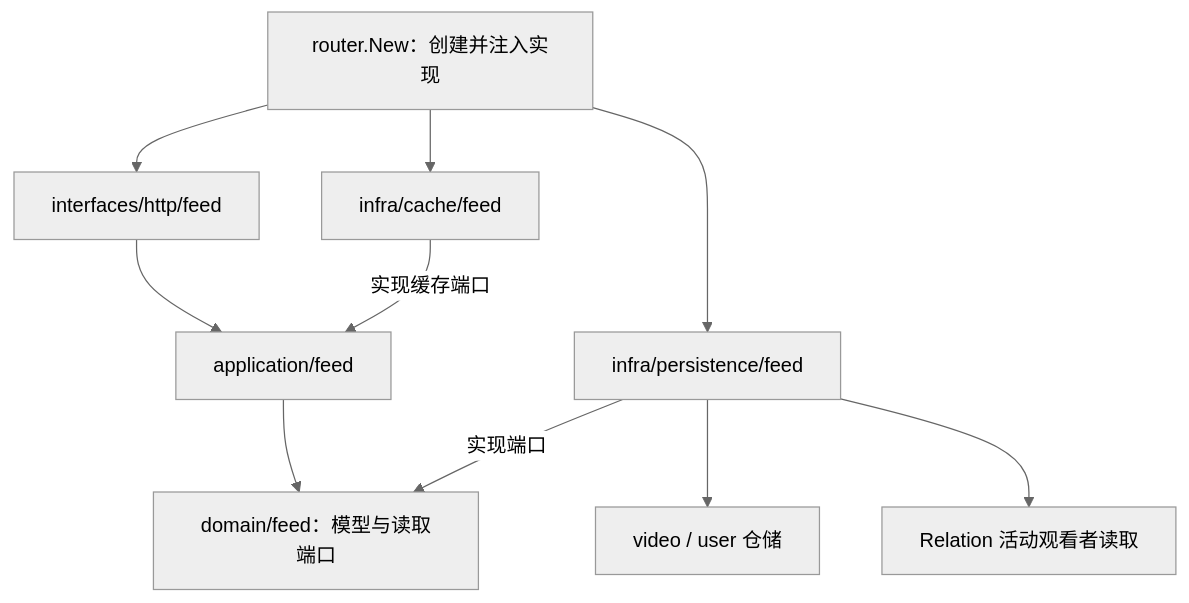
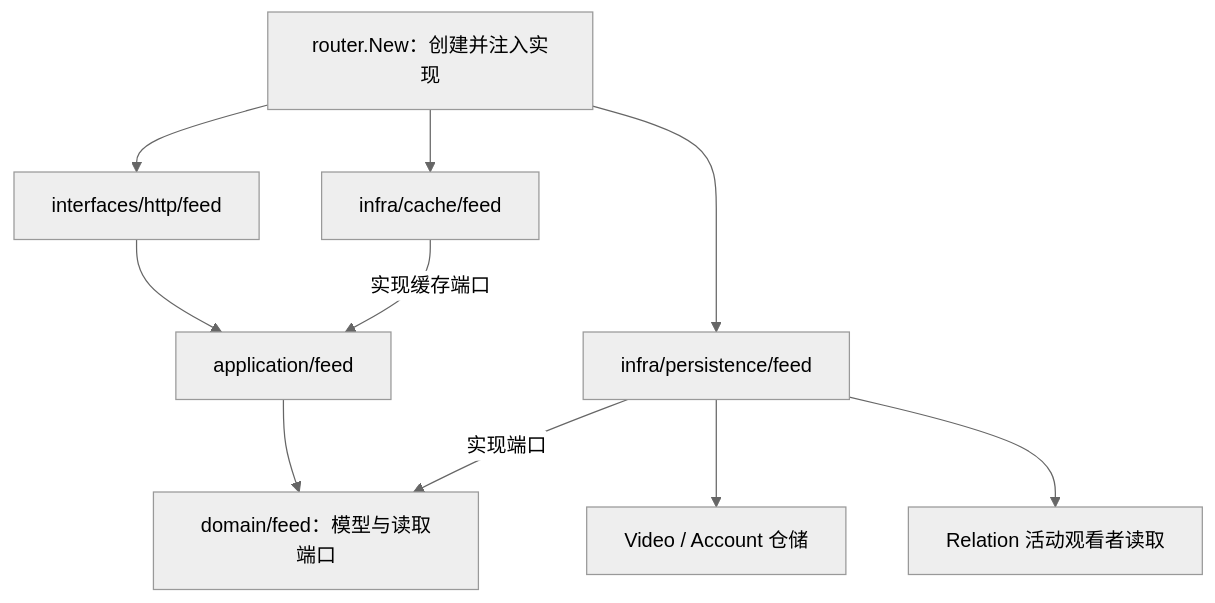
One commit to E1aina2007/GoFeed changed the second of 10 diagrams in docs/SOURCE_CODE_GUIDE.md. Above: the diagram before and after it, drawn with Mermaid (neutral theme). The commit also changed other lines of this file and 15 other files, not shown here.

````diff
--- a/docs/SOURCE_CODE_GUIDE.md
+++ b/docs/SOURCE_CODE_GUIDE.md
@@ -124,12 +124,12 @@
 ```mermaid
 flowchart TD
     Root["router.New：创建并注入实现"] --> HTTP["interfaces/http/feed"]
     HTTP --> App["application/feed"]
     App --> Domain["domain/feed：模型与读取端口"]
     SQL["infra/persistence/feed"] -->|实现端口| Domain
-    SQL --> Legacy["video / user 仓储"]
+    SQL --> Legacy["Video / Account 仓储"]
     SQL --> Relation["Relation 活动观看者读取"]
     RC["infra/cache/feed"] -->|实现缓存端口| App
     Root --> SQL
     Root --> RC
 ```
````
